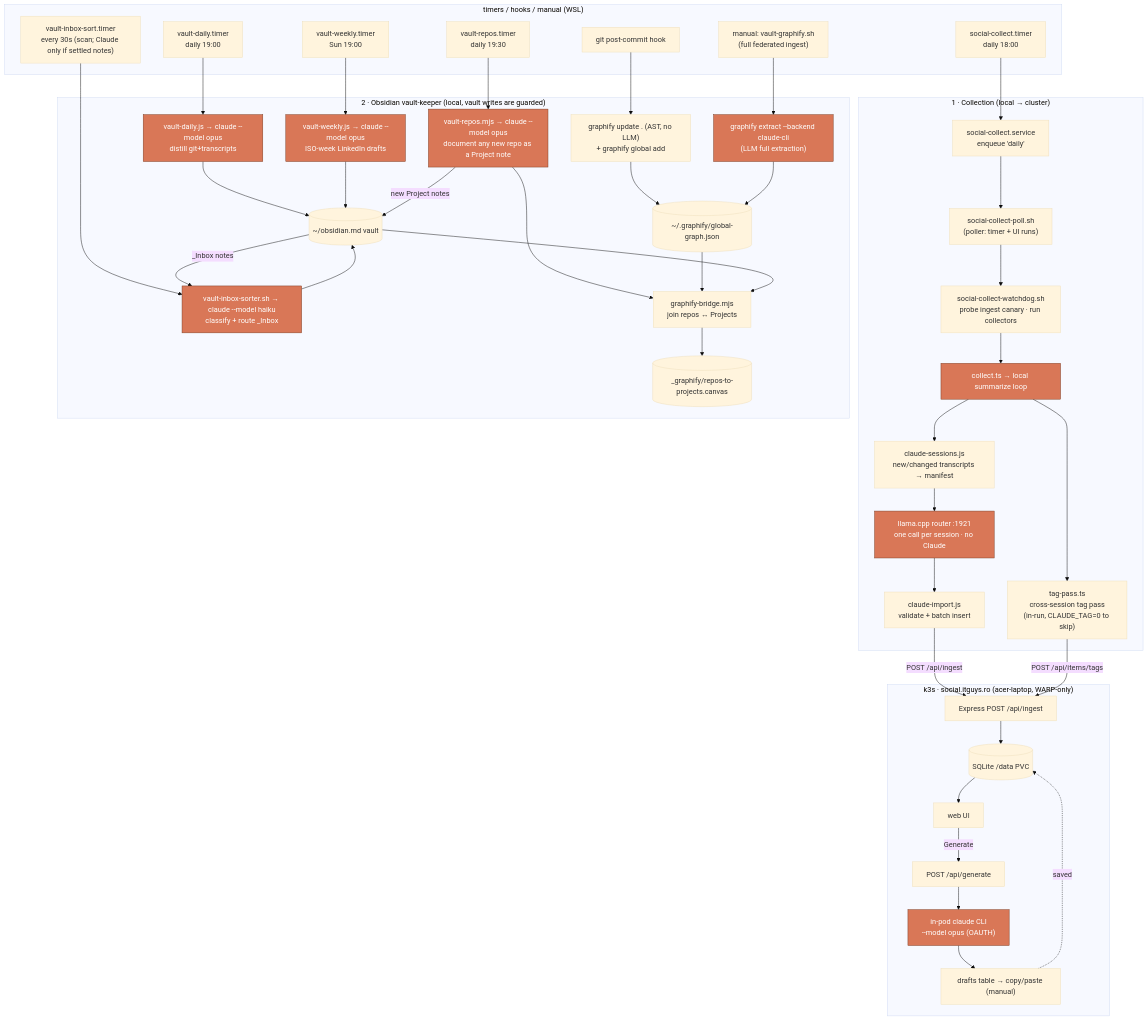
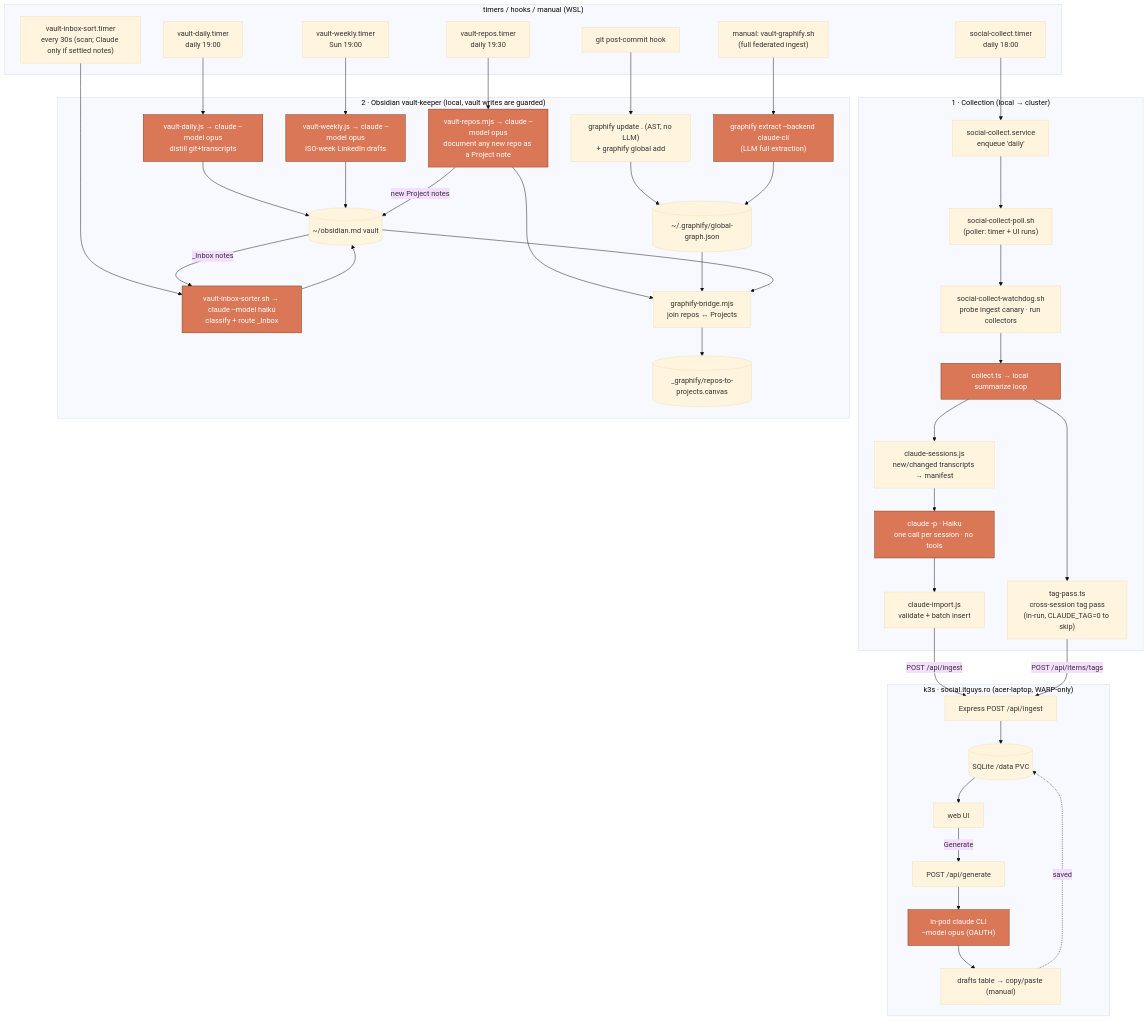
The diagram in README.md (dustfeather/social-update), drawn with Mermaid (base theme) before and after one commit. The commit also changed other lines of this file and 8 other files, not shown here.

First line of the commit message:
collect: summarize with claude -p on Haiku instead of the local model

````diff
--- a/README.md
+++ b/README.md
@@ -41,73 +41,73 @@
 ```mermaid
 flowchart TB
     subgraph triggers["timers / hooks / manual (WSL)"]
         T1["social-collect.timer<br/>daily 18:00"]
         T2["vault-daily.timer<br/>daily 19:00"]
         T3["vault-weekly.timer<br/>Sun 19:00"]
         T4["vault-inbox-sort.timer<br/>every 30s (scan; Claude only if settled notes)"]
         T5["vault-repos.timer<br/>daily 19:30"]
         GH["git post-commit hook"]
         MAN["manual: vault-graphify.sh<br/>(full federated ingest)"]
     end
 
     %% ---------- Collection loop ----------
     subgraph collect["1 · Collection (local → cluster)"]
         SVC["social-collect.service<br/>enqueue 'daily'"]
         POLL["social-collect-poll.sh<br/>(poller: timer + UI runs)"]
         WD["social-collect-watchdog.sh<br/>probe ingest canary · run collectors"]
         COL["collect.ts → local summarize loop"]
         SCAN["claude-sessions.js<br/>new/changed transcripts → manifest"]
-        SUB["llama.cpp router :1921<br/>one call per session · no Claude"]
+        SUB["claude -p · Haiku<br/>one call per session · no tools"]
         IMP["claude-import.js<br/>validate + batch insert"]
         TAG["tag-pass.ts<br/>cross-session tag pass<br/>(in-run, CLAUDE_TAG=0 to skip)"]
     end
 
     subgraph cluster["k3s · social.itguys.ro (acer-laptop, WARP-only)"]
         ING["Express POST /api/ingest"]
         DB[("SQLite /data PVC")]
         UI["web UI"]
         GEN["POST /api/generate"]
         CLI["in-pod claude CLI<br/>--model opus (OAUTH)"]
         DRAFTS["drafts table → copy/paste (manual)"]
     end
 
     %% ---------- Obsidian vault-keeper ----------
     subgraph vault["2 · Obsidian vault-keeper (local, vault writes are guarded)"]
         VD["vault-daily.js → claude --model opus<br/>distill git+transcripts"]
         VW["vault-weekly.js → claude --model opus<br/>ISO-week LinkedIn drafts"]
         VI["vault-inbox-sorter.sh → claude --model haiku<br/>classify + route _Inbox"]
         VGH["graphify update . (AST, no LLM)<br/>+ graphify global add"]
         VGE["graphify extract --backend claude-cli<br/>(LLM full extraction)"]
         VR["vault-repos.mjs → claude --model opus<br/>document any new repo as a Project note"]
         BR["graphify-bridge.mjs<br/>join repos ↔ Projects"]
         OBS[("~/obsidian.md vault")]
         GRAPH[("~/.graphify/global-graph.json")]
         CANVAS[("_graphify/repos-to-projects.canvas")]
     end
 
     T1 --> SVC --> POLL
     POLL --> WD --> COL
     COL --> SCAN --> SUB --> IMP
     IMP -->|POST /api/ingest| ING
     COL --> TAG -->|POST /api/items/tags| ING
     ING --> DB
     DB --> UI
     UI -->|Generate| GEN --> CLI --> DRAFTS
     DRAFTS -.saved.-> DB
 
     T2 --> VD --> OBS
     T3 --> VW --> OBS
     T4 --> VI
     OBS -->|_Inbox notes| VI --> OBS
     GH --> VGH --> GRAPH
     MAN --> VGE --> GRAPH
     T5 --> VR
     VR -->|new Project notes| OBS
     VR --> BR
     GRAPH --> BR
     OBS --> BR
     BR --> CANVAS
 
     classDef claude fill:#d97757,stroke:#7a3b22,color:#fff;
     class CLI,VD,VW,VI,VGE,VR,COL,SUB claude;
 ```
````
